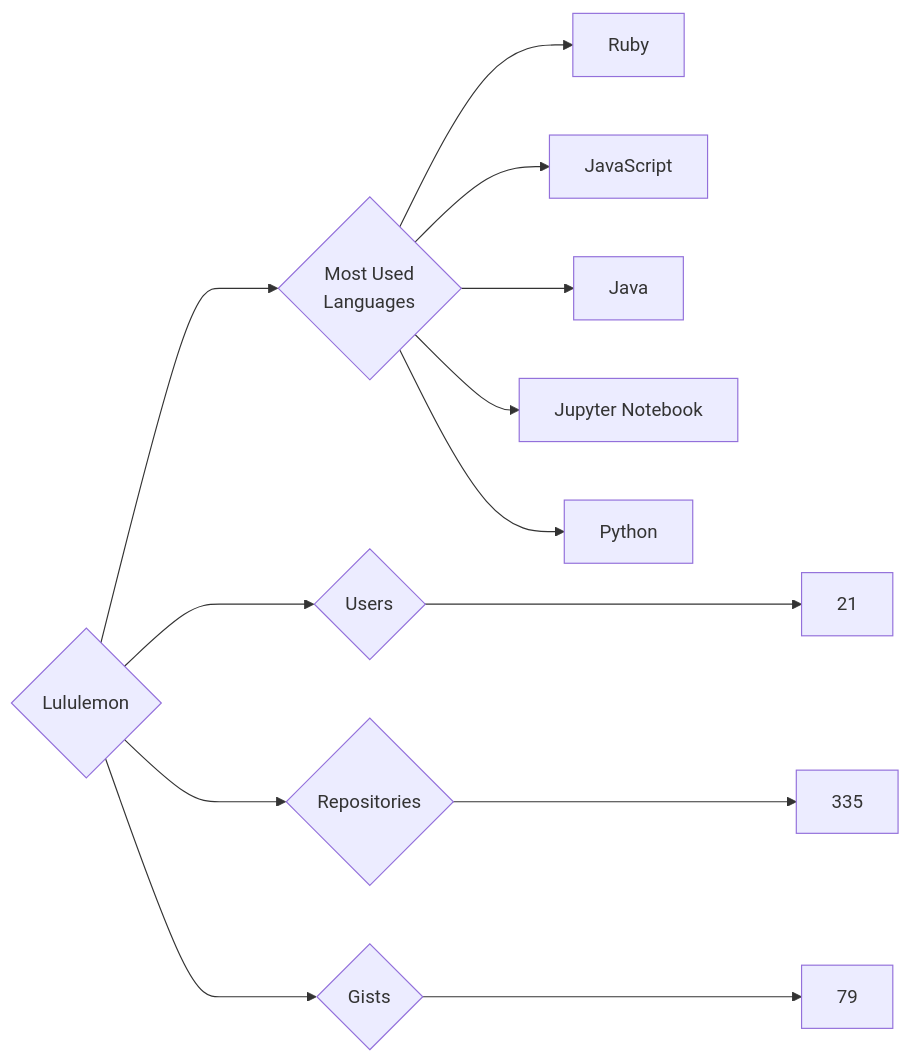
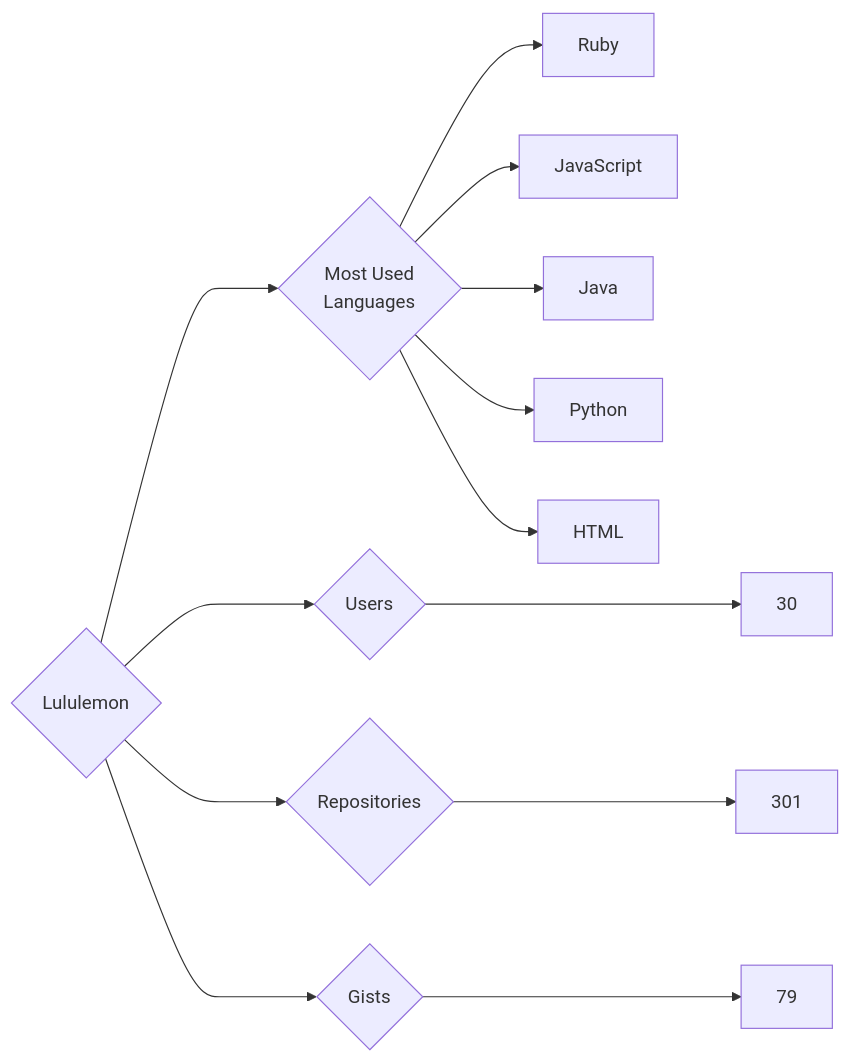
The diagram in targets/Lululemon/README.md (trickest/insiders), drawn with Mermaid before and after one commit. The commit also changed 736 other files, not shown here.

````diff
--- a/targets/Lululemon/README.md
+++ b/targets/Lululemon/README.md
@@ -3,13 +3,13 @@
 ```mermaid
 graph LR
 COMPANY_NAME{Lululemon}
-COMPANY_NAME ---> U{Users} ---> UN[21]
-COMPANY_NAME ---> R{Repositories} ---> RN[335]
+COMPANY_NAME ---> U{Users} ---> UN[30]
+COMPANY_NAME ---> R{Repositories} ---> RN[301]
 COMPANY_NAME ---> G{Gists} ---> GN[79]
 COMPANY_NAME ---> ML{Most Used<br>Languages}
 ML --> Ruby[Ruby]
 ML --> JavaScript[JavaScript]
 ML --> Java[Java]
-ML --> Jupyter_Notebook[Jupyter Notebook]
 ML --> Python[Python]
+ML --> HTML[HTML]
 ```
````
